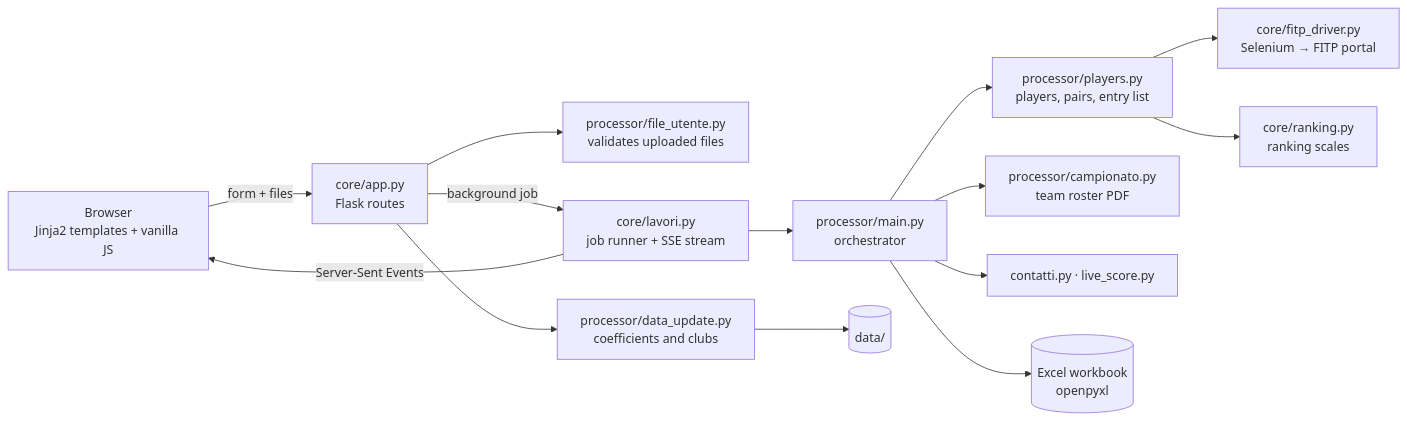
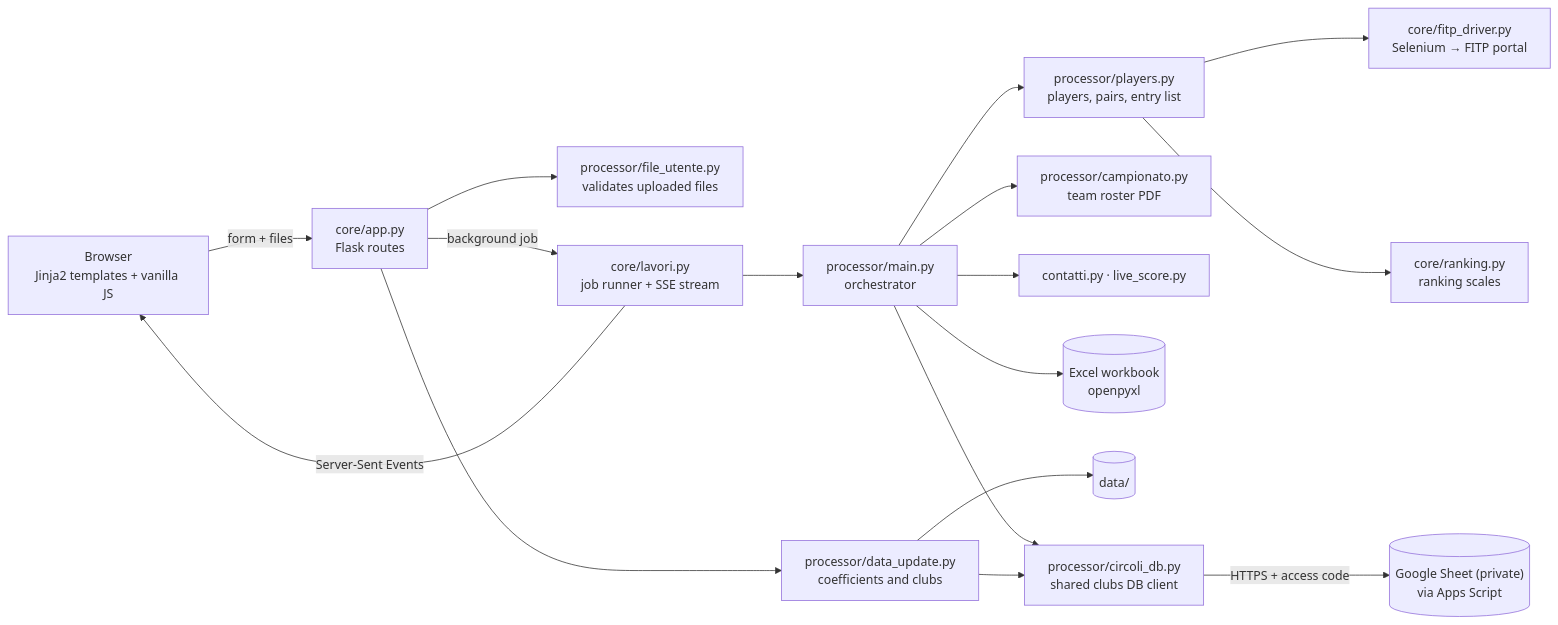
The diagram in README.md (nikgag/TASK-automation), drawn with Mermaid before and after one commit. The commit also changed other lines of this file and 24 other files, not shown here.

Commit message:
feat: now db clubs is an online gs shared

````diff
--- a/README.md
+++ b/README.md
@@ -57,16 +57,19 @@
 ```mermaid
 flowchart LR
   B["Browser<br/>Jinja2 templates + vanilla JS"] -- "form + files" --> A["core/app.py<br/>Flask routes"]
   A --> V["processor/file_utente.py<br/>validates uploaded files"]
   A -- "background job" --> L["core/lavori.py<br/>job runner + SSE stream"]
   L -- "Server-Sent Events" --> B
   L --> M["processor/main.py<br/>orchestrator"]
   M --> P["processor/players.py<br/>players, pairs, entry list"]
   M --> C["processor/campionato.py<br/>team roster PDF"]
   M --> K["contatti.py · live_score.py"]
   P --> D["core/fitp_driver.py<br/>Selenium → FITP portal"]
   P --> R["core/ranking.py<br/>ranking scales"]
   M --> X[("Excel workbook<br/>openpyxl")]
   A --> U["processor/data_update.py<br/>coefficients and clubs"]
   U --> DATA[("data/")]
+  M --> CDB["processor/circoli_db.py<br/>shared clubs DB client"]
+  U --> CDB
+  CDB -- "HTTPS + access code" --> GS[("Google Sheet (private)<br/>via Apps Script")]
 ```
````
